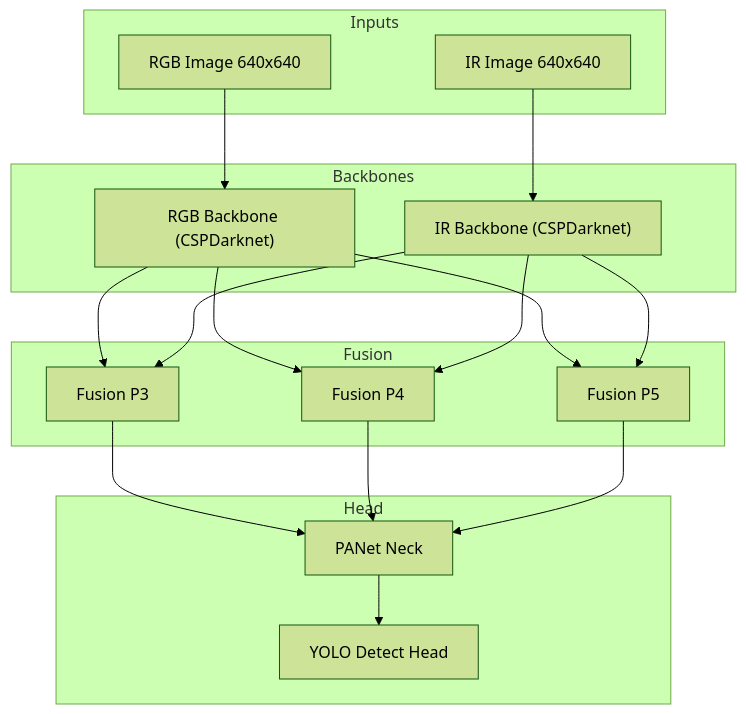
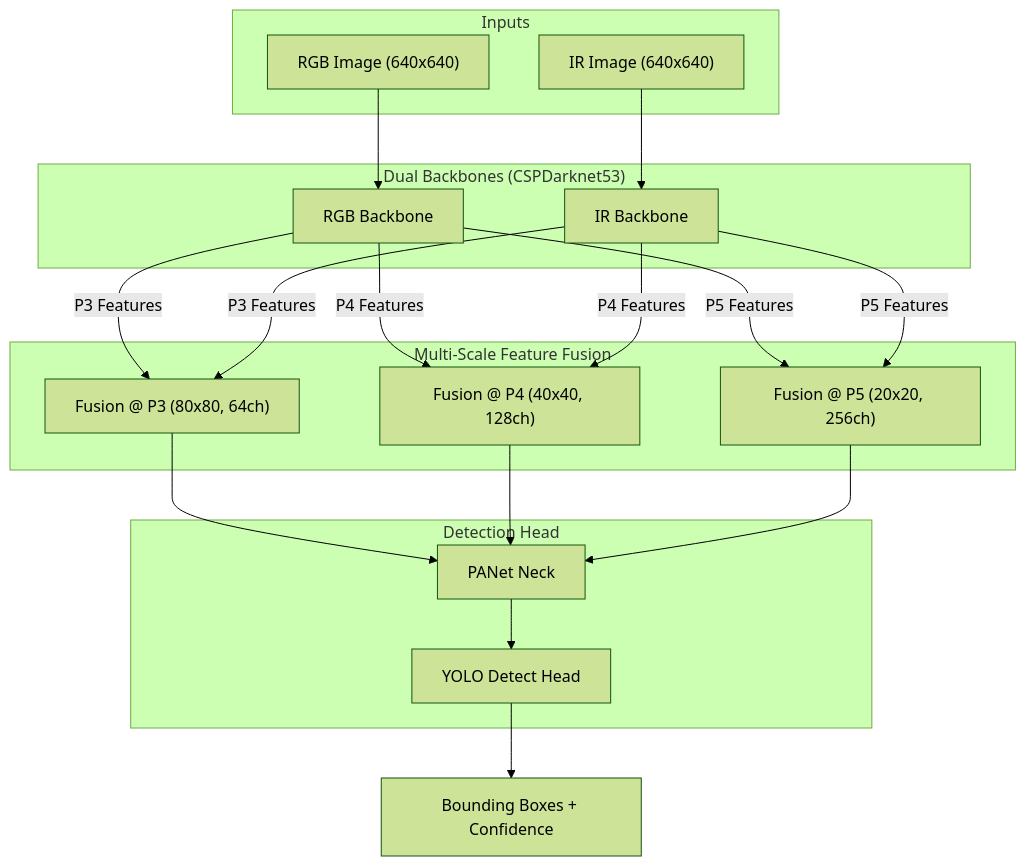
One commit to Tigran98/yolo5_UAV changed the diagram in README.md. Above: the diagram before and after it, drawn with Mermaid (forest theme). The commit also changed other lines of this file and 3 other files, not shown here.

````diff
--- a/README.md
+++ b/README.md
@@ -41,31 +62,37 @@
 ```mermaid
 graph TD
     subgraph Inputs
-    RGB["RGB Image 640x640"]
-    IR["IR Image 640x640"]
+    RGB["RGB Image (640x640)"]
+    IR["IR Image (640x640)"]
     end
 
-    subgraph Backbones
-    B1["RGB Backbone (CSPDarknet)"]
-    B2["IR Backbone (CSPDarknet)"]
+    subgraph "Dual Backbones (CSPDarknet53)"
+    B1["RGB Backbone"]
+    B2["IR Backbone"]
     RGB --> B1
     IR --> B2
     end
 
-    subgraph Fusion
-    P3[Fusion P3]
-    P4[Fusion P4]
-    P5[Fusion P5]
-    B1 --> P3 & P4 & P5
-    B2 --> P3 & P4 & P5
+    subgraph "Multi-Scale Feature Fusion"
+    F3["Fusion @ P3 (80x80, 64ch)"]
+    F4["Fusion @ P4 (40x40, 128ch)"]
+    F5["Fusion @ P5 (20x20, 256ch)"]
+    B1 -- "P3 Features" --> F3
+    B2 -- "P3 Features" --> F3
+    B1 -- "P4 Features" --> F4
+    B2 -- "P4 Features" --> F4
+    B1 -- "P5 Features" --> F5
+    B2 -- "P5 Features" --> F5
     end
 
-    subgraph Head
-    Neck[PANet Neck]
-    P3 --> Neck
-    P4 --> Neck
-    P5 --> Neck
-    Detect[YOLO Detect Head]
+    subgraph "Detection Head"
+    Neck["PANet Neck"]
+    F3 --> Neck
+    F4 --> Neck
+    F5 --> Neck
+    Detect["YOLO Detect Head"]
     Neck --> Detect
     end
+
+    Detect --> Output["Bounding Boxes + Confidence"]
 ```
````
